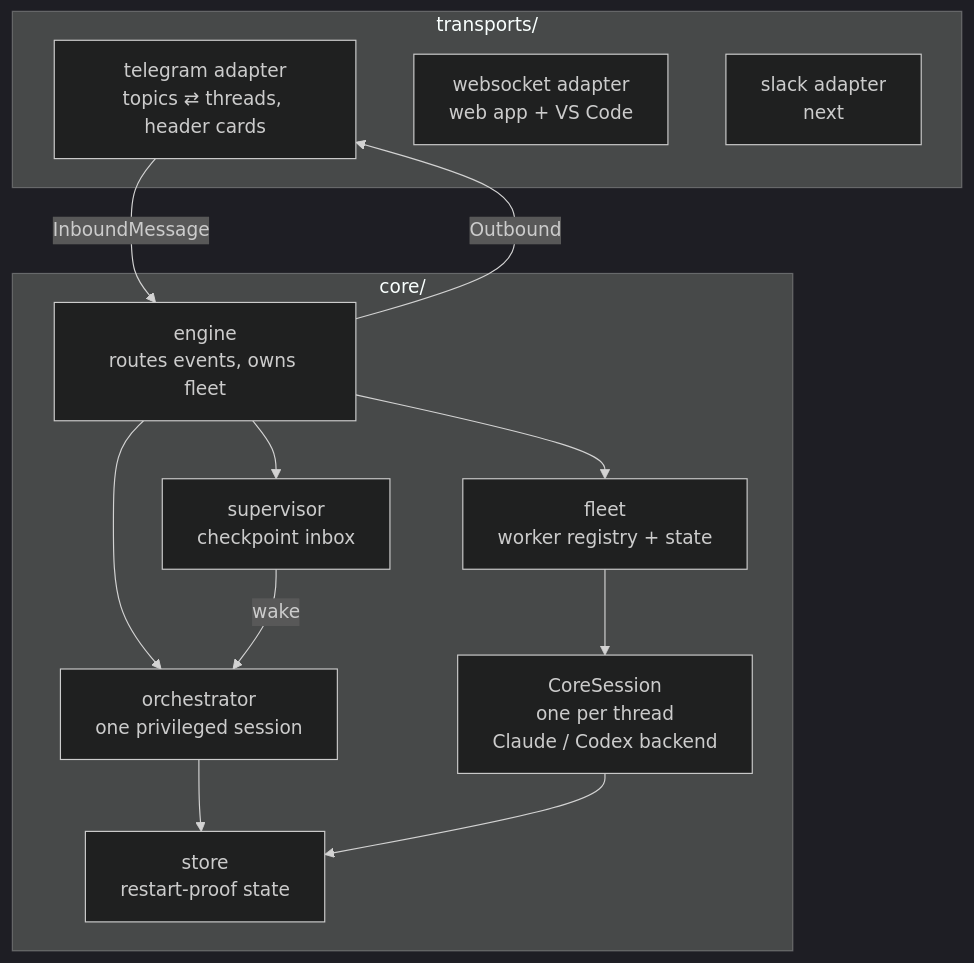
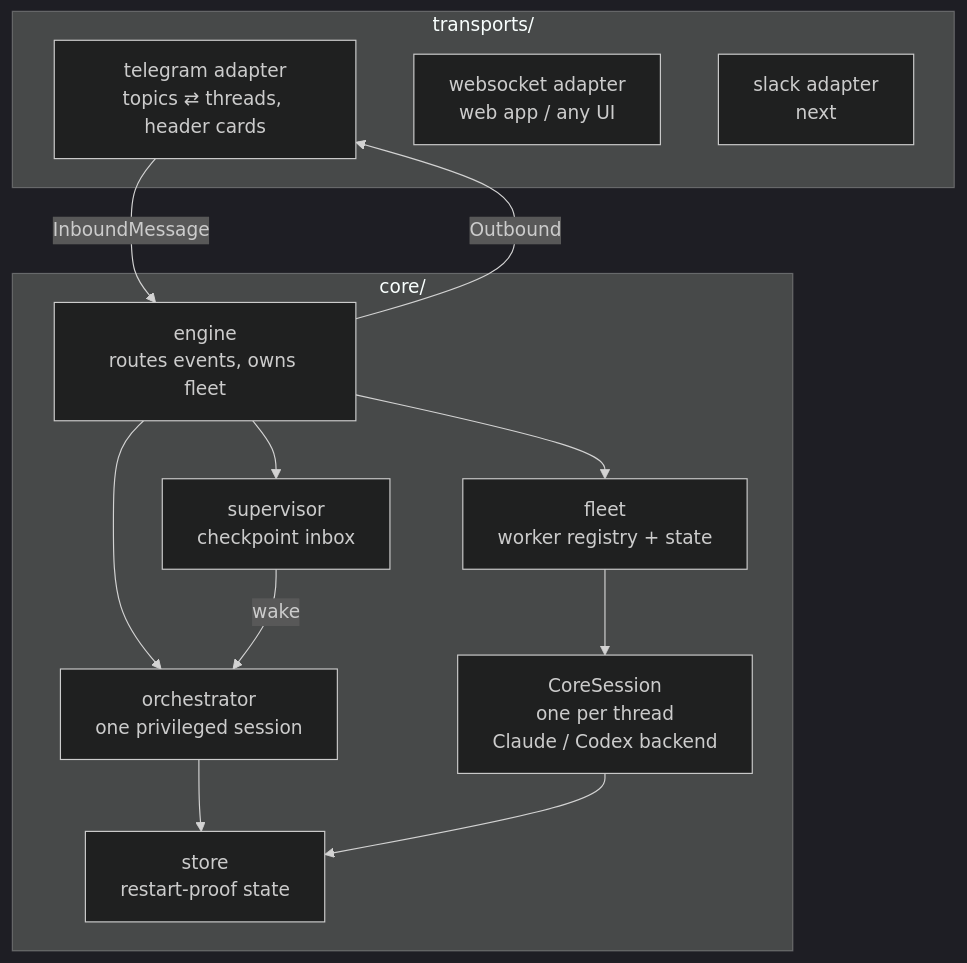
One commit to Dri-water/be-a-boss changed the first of 2 diagrams in docs/architecture.md. Above: the diagram before and after it, drawn with Mermaid (dark theme). The commit also changed other lines of this file and 9 other files, not shown here.

````diff
--- a/docs/architecture.md
+++ b/docs/architecture.md
@@ -27,22 +27,22 @@
 ```mermaid
 flowchart TB
     subgraph transports/
         TG[telegram adapter<br/>topics ⇄ threads, header cards]
-        WS[websocket adapter<br/>web app + VS Code]
+        WS[websocket adapter<br/>web app / any UI]
         SLACK[slack adapter<br/>next]
     end
     subgraph core/
         ENG[engine<br/>routes events, owns fleet]
         ORC[orchestrator<br/>one privileged session]
         FLEET[fleet<br/>worker registry + state]
         CS[CoreSession<br/>one per thread<br/>Claude / Codex backend]
         SUP[supervisor<br/>checkpoint inbox]
         ST[store<br/>restart-proof state]
     end
     TG -- InboundMessage --> ENG
     ENG -- Outbound --> TG
     ENG --> ORC & FLEET & SUP
     FLEET --> CS
     SUP -- wake --> ORC
     ORC & CS --> ST
 ```
````
